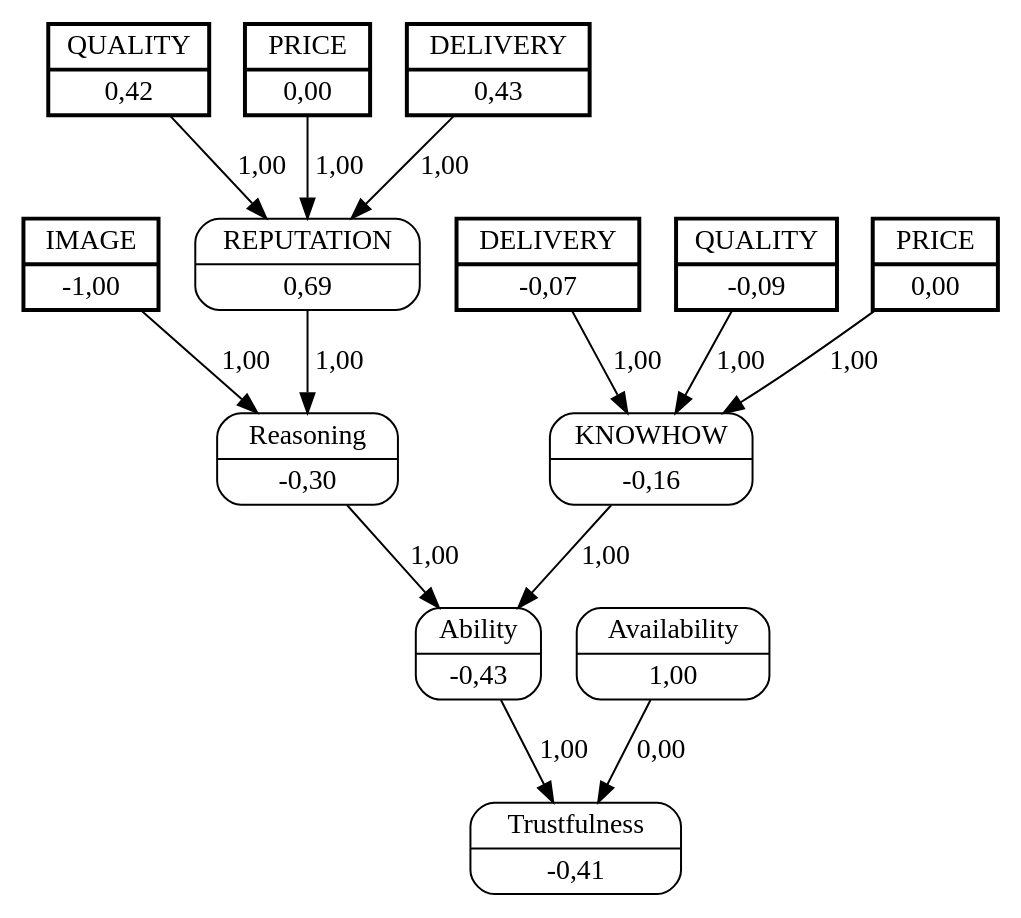
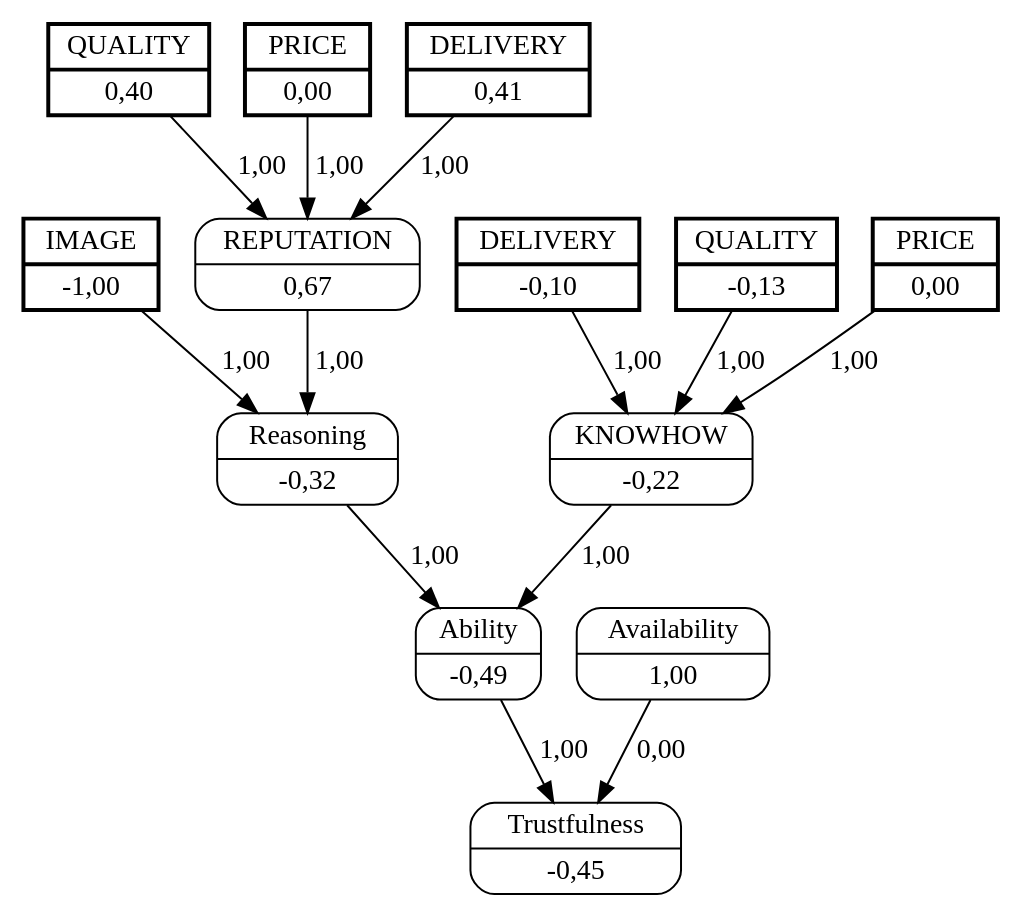
One commit to jjbaqueta/unload_experiment changed the diagram in unload_boxes/dots/buyerB2sellerC8.dot. Above: the diagram before and after it, drawn with Graphviz. The commit also changed 97 other files, not shown here.

```diff
--- a/unload_boxes/dots/buyerB2sellerC8.dot
+++ b/unload_boxes/dots/buyerB2sellerC8.dot
@@ -1,31 +1,31 @@
 digraph FCM_net{
 	node [shape=record, style=rounded]
 	0 [label="{IMAGE | -1,00}", style=bold, penwidth=2, peripheries=2];
-	7 [label="{QUALITY | 0,42}", style=bold, penwidth=2, peripheries=2];
+	7 [label="{QUALITY | 0,40}", style=bold, penwidth=2, peripheries=2];
 	8 [label="{PRICE | 0,00}", style=bold, penwidth=2, peripheries=2];
-	9 [label="{DELIVERY | 0,43}", style=bold, penwidth=2, peripheries=2];
-	10 [label="{QUALITY | -0,09}", style=bold, penwidth=2, peripheries=2];
+	9 [label="{DELIVERY | 0,41}", style=bold, penwidth=2, peripheries=2];
+	10 [label="{QUALITY | -0,13}", style=bold, penwidth=2, peripheries=2];
 	11 [label="{PRICE | 0,00}", style=bold, penwidth=2, peripheries=2];
-	12 [label="{DELIVERY | -0,07}", style=bold, penwidth=2, peripheries=2];
+	12 [label="{DELIVERY | -0,10}", style=bold, penwidth=2, peripheries=2];
 	0 [label="{IMAGE | -1,00}"];
-	1 [label="{REPUTATION | 0,69}"];
-	2 [label="{KNOWHOW | -0,16}"];
-	3 [label="{Reasoning | -0,30}"];
-	4 [label="{Ability | -0,43}"];
+	1 [label="{REPUTATION | 0,67}"];
+	2 [label="{KNOWHOW | -0,22}"];
+	3 [label="{Reasoning | -0,32}"];
+	4 [label="{Ability | -0,49}"];
 	5 [label="{Availability | 1,00}"];
-	6 [label="{Trustfulness | -0,41}"];
+	6 [label="{Trustfulness | -0,45}"];
 	8 [label="{PRICE | 0,00}"];
-	10 [label="{QUALITY | -0,09}"];
+	10 [label="{QUALITY | -0,13}"];
 	0 -> 3 [label = "1,00"];
 	1 -> 3 [label = "1,00"];
 	3 -> 4 [label = "1,00"];
 	2 -> 4 [label = "1,00"];
 	4 -> 6 [label = "1,00"];
 	5 -> 6 [label = "0,00"];
 	7 -> 1 [label = "1,00"];
 	8 -> 1 [label = "1,00"];
 	9 -> 1 [label = "1,00"];
 	10 -> 2 [label = "1,00"];
 	11 -> 2 [label = "1,00"];
 	12 -> 2 [label = "1,00"];
 }
```
